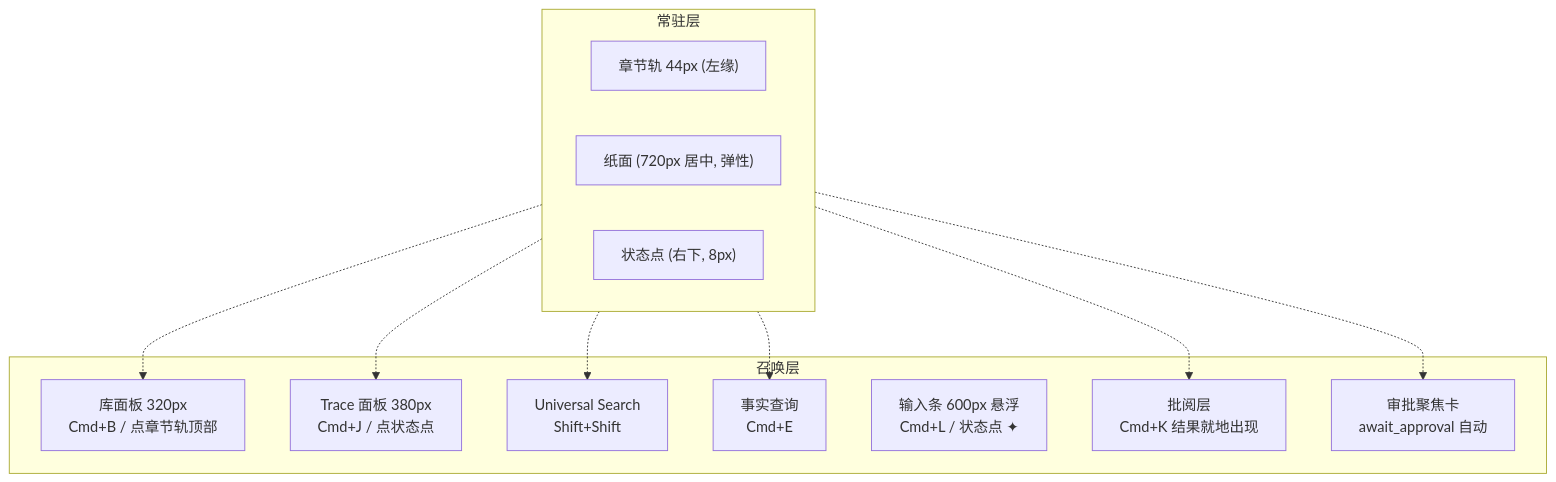
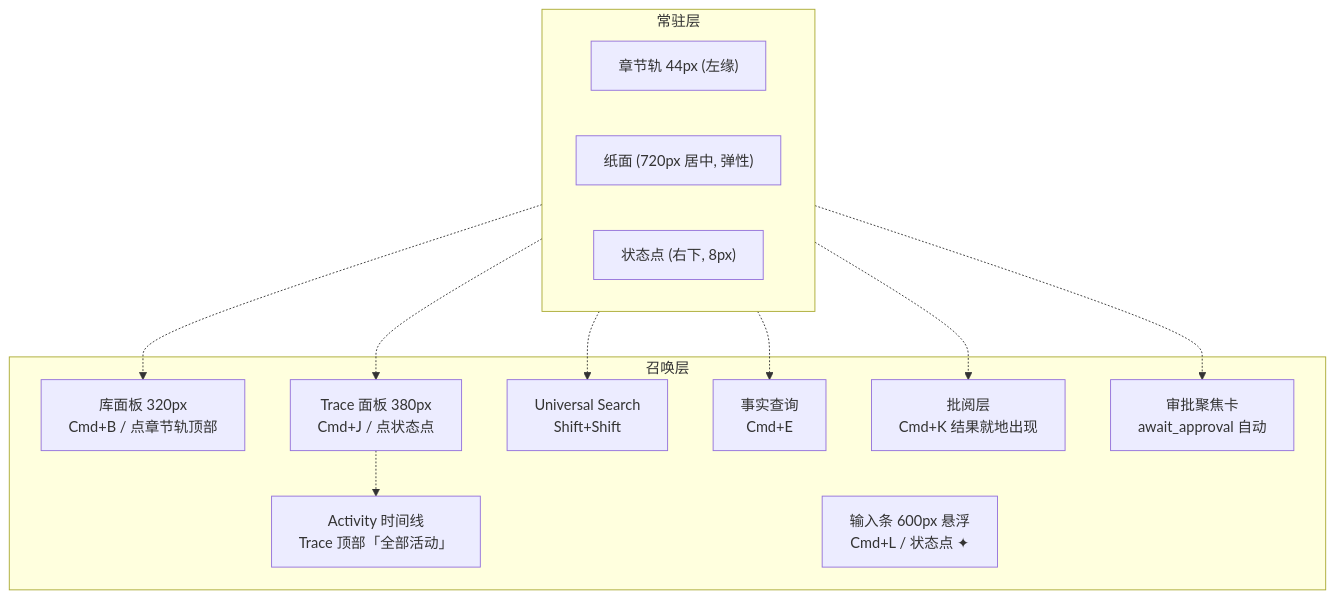
The diagram in design/01-main-layout.md (jinhuang712/open-novel), drawn with Mermaid before and after one commit. The commit also changed other lines of this file and 24 other files, not shown here.

````diff
--- a/design/01-main-layout.md
+++ b/design/01-main-layout.md
@@ -9,24 +9,26 @@
 ```mermaid
 flowchart TB
   subgraph ALWAYS["常驻层"]
     direction LR
     RAIL["章节轨 44px (左缘)"]
     ED["纸面 (720px 居中, 弹性)"]
     DOT["状态点 (右下, 8px)"]
   end
   subgraph SUMMON["召唤层"]
     LIB["库面板 320px<br/>Cmd+B / 点章节轨顶部"]
     TRC["Trace 面板 380px<br/>Cmd+J / 点状态点"]
+    ACT["Activity 时间线<br/>Trace 顶部「全部活动」"]
     US["Universal Search<br/>Shift+Shift"]
     QRY["事实查询<br/>Cmd+E"]
     CMP["输入条 600px 悬浮<br/>Cmd+L / 状态点 ✦"]
     REV["批阅层<br/>Cmd+K 结果就地出现"]
     APP["审批聚焦卡<br/>await_approval 自动"]
   end
   RAIL -.-> LIB
   DOT -.-> TRC
+  TRC -.-> ACT
   DOT -.-> APP
   ED -.-> US
   ED -.-> QRY
   ED -.-> REV
 ```
````
